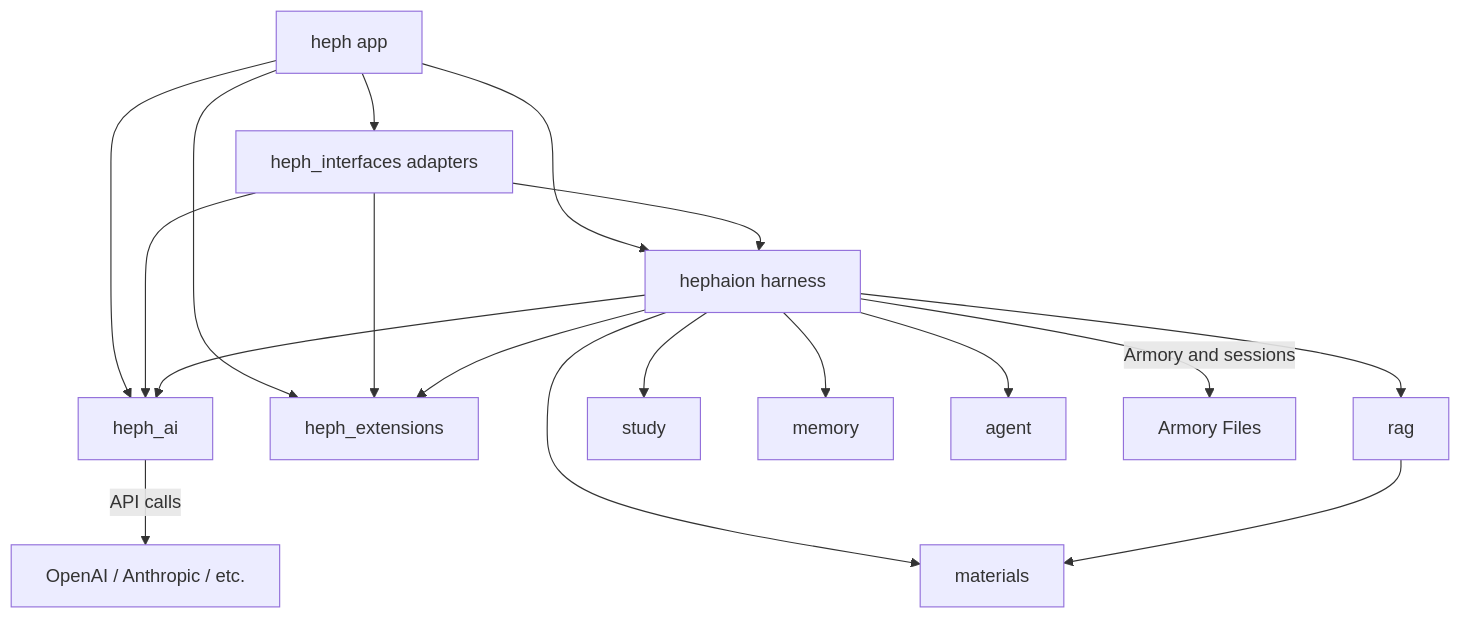
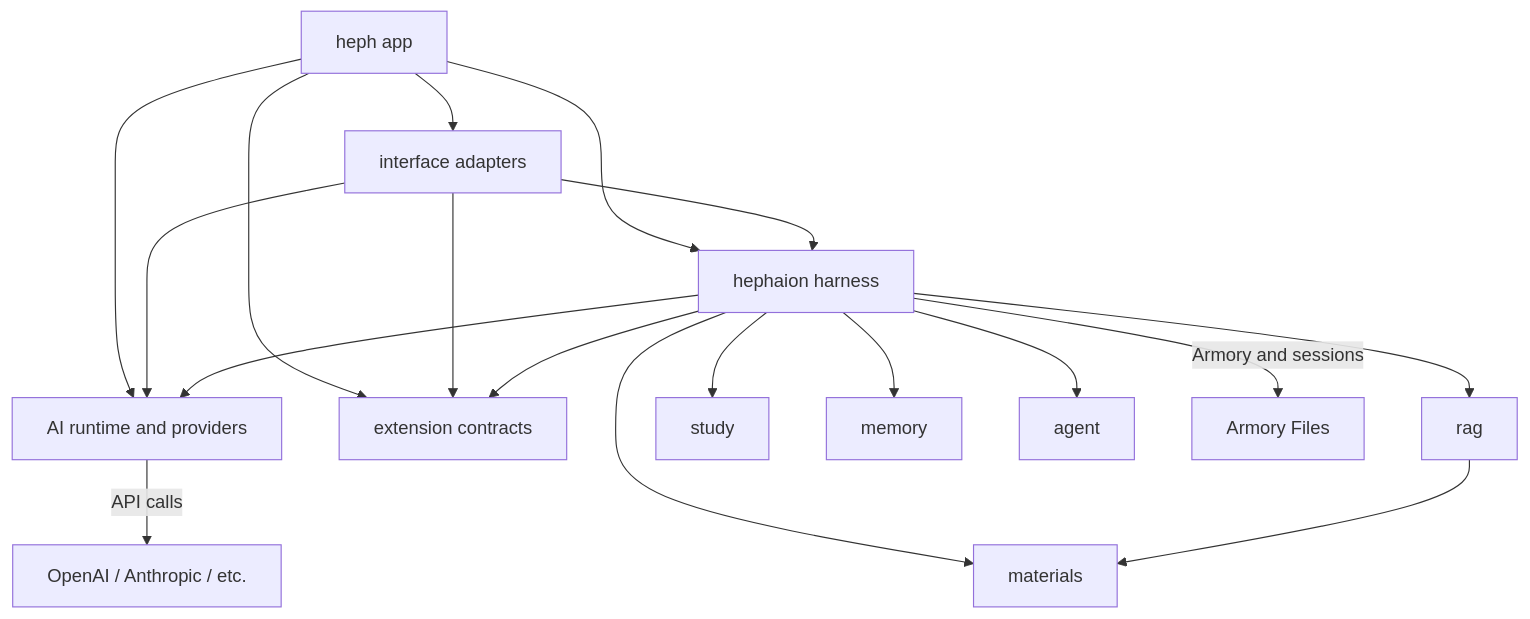
Before and after one commit to gildrb/heph: the first of 3 diagrams in docs/architecture.md, drawn with Mermaid. The commit also changed other lines of this file and 326 other files, not shown here.

````diff
--- a/docs/architecture.md
+++ b/docs/architecture.md
@@ -69,20 +71,20 @@
 ```mermaid
 graph TD
-    Heph[heph app] --> Interfaces[heph_interfaces adapters]
+    Heph[heph app] --> Interfaces[interface adapters]
     Heph --> Harness[hephaion harness]
-    Heph --> AI[heph_ai]
-    Heph --> Extensions[heph_extensions]
+    Heph --> AI[AI runtime and providers]
+    Heph --> Extensions[extension contracts]
     Interfaces --> Harness
     Interfaces --> AI
     Interfaces --> Extensions
     Harness --> AI
     Harness --> Extensions
     Harness --> Materials[materials]
     Harness --> RAG[rag]
     Harness --> Study[study]
     Harness --> Memory[memory]
     Harness --> Agent[agent]
     RAG --> Materials
     AI -->|API calls| LLM[OpenAI / Anthropic / etc.]
     Harness -->|Armory and sessions| FileStore[Armory Files]
 ```
````
